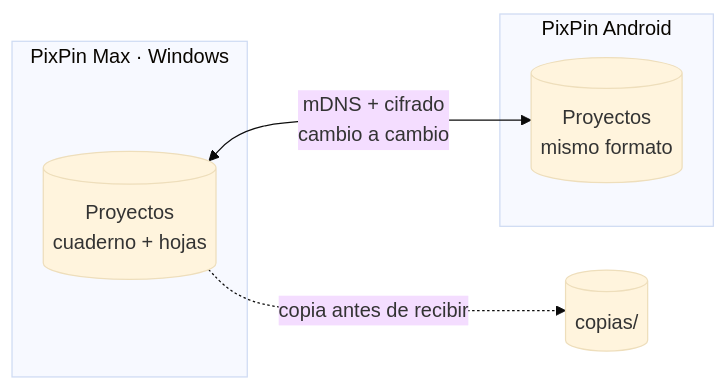
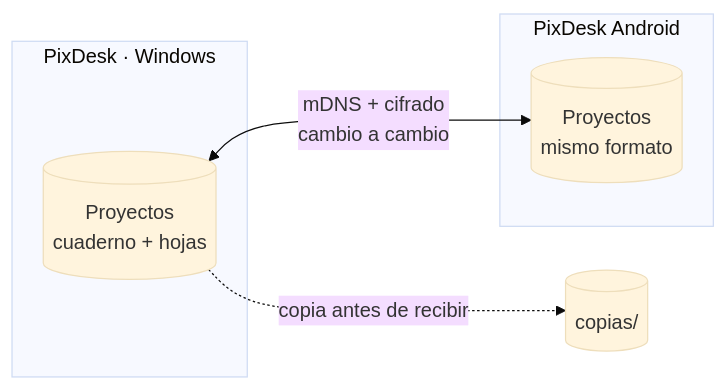
The third of 4 diagrams in README.md (1xmanMAX/PIXPIN_PRO_WINDOWS), drawn with Mermaid (base theme) before and after one commit. The commit also changed other lines of this file and 11 other files, not shown here.

First line of the commit message:
README y guias: PixDesk, pixdesk.exe y Programs\PixDesk

````diff
--- a/README.md
+++ b/README.md
@@ -617,11 +619,11 @@
 ```mermaid
 flowchart LR
-    subgraph PC[PixPin Max · Windows]
+    subgraph PC[PixDesk · Windows]
       A[(Proyectos<br/>cuaderno + hojas)]
     end
-    subgraph Movil[PixPin Android]
+    subgraph Movil[PixDesk Android]
       B[(Proyectos<br/>mismo formato)]
     end
     A <-->|mDNS + cifrado<br/>cambio a cambio| B
     A -.->|copia antes de recibir| C[(copias/)]
 ```
````
